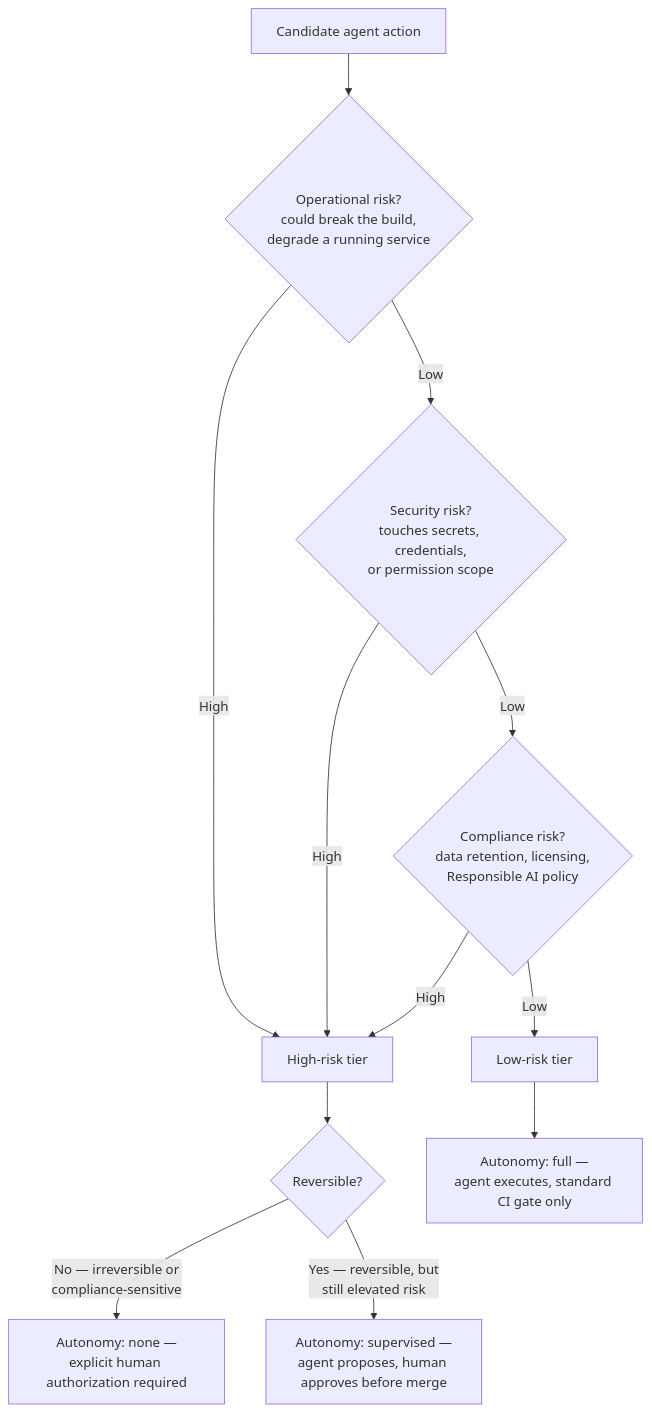
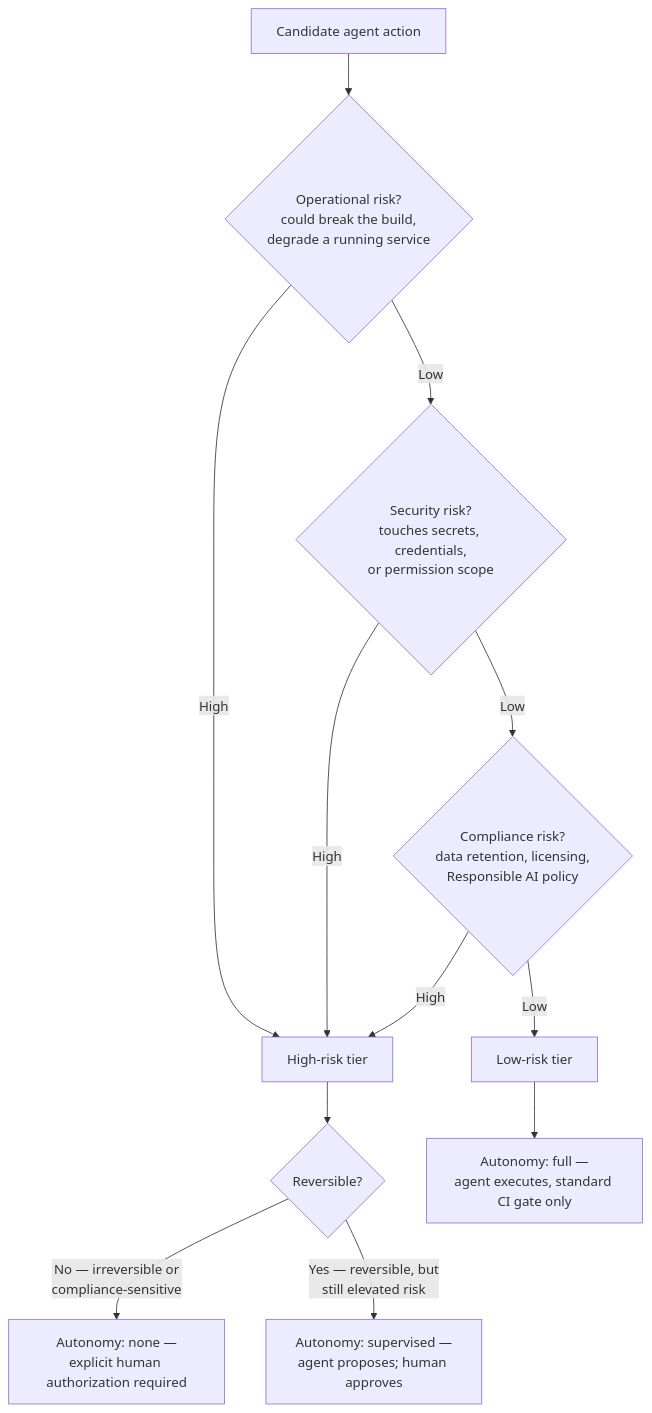
The diagram in content/skillup/gh600/notes/gh600-d6-implement-guardrails-and-accountability.md (ajeetchouksey/ajch_skillup), drawn with Mermaid before and after one commit. The commit also changed other lines of this file and 6 other files, not shown here.

First line of the commit message:
fix(gh600): diagram-craft QA pass — fix violations, add captions to all 11 diagrams

````diff
--- a/content/skillup/gh600/notes/gh600-d6-implement-guardrails-and-accountability.md
+++ b/content/skillup/gh600/notes/gh600-d6-implement-guardrails-and-accountability.md
@@ -19,14 +19,14 @@
 ```mermaid
 flowchart TD
     A["Candidate agent action"] --> B{"Operational risk?<br/>could break the build,<br/>degrade a running service"}
     B -->|High| R1["High-risk tier"]
     B -->|Low| C{"Security risk?<br/>touches secrets, credentials,<br/>or permission scope"}
     C -->|High| R1
     C -->|Low| D{"Compliance risk?<br/>data retention, licensing,<br/>Responsible AI policy"}
     D -->|High| R1
     D -->|Low| R2["Low-risk tier"]
     R1 --> E{"Reversible?"}
     E -->|"No — irreversible or<br/>compliance-sensitive"| F["Autonomy: none —<br/>explicit human authorization required"]
-    E -->|"Yes — reversible, but<br/>still elevated risk"| G["Autonomy: supervised —<br/>agent proposes, human approves before merge"]
+    E -->|"Yes — reversible, but<br/>still elevated risk"| G["Autonomy: supervised —<br/>agent proposes; human approves"]
     R2 --> H["Autonomy: full —<br/>agent executes, standard CI gate only"]
 ```
````
